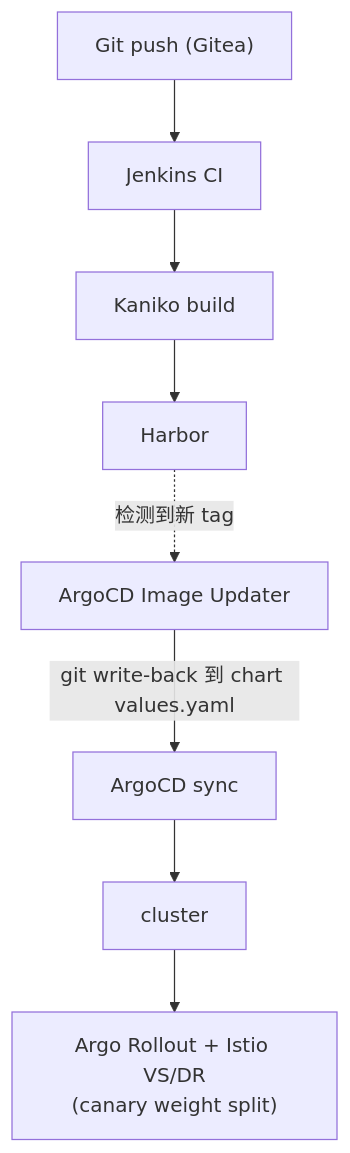
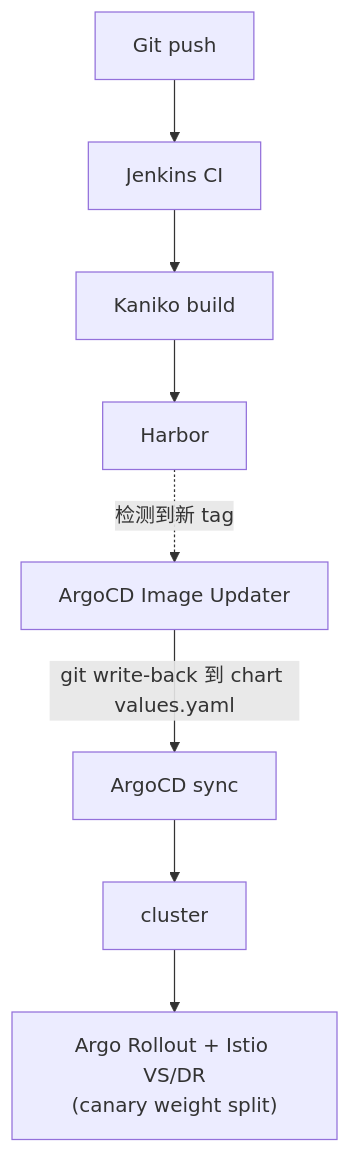
One commit to jif718/gitops-lab changed the diagram in README.md. Above: the diagram before and after it, drawn with Mermaid. The commit also changed other lines of this file, not shown here.

````diff
--- a/README.md
+++ b/README.md
@@ -27,10 +27,10 @@
 ```mermaid
 flowchart TD
-    push["Git push (Gitea)"] --> ci["Jenkins CI"]
+    push["Git push"] --> ci["Jenkins CI"]
     ci --> build["Kaniko build"]
     build --> harbor["Harbor"]
     harbor -.->|检测到新 tag| updater["ArgoCD Image Updater"]
     updater -->|git write-back 到 chart values.yaml| sync["ArgoCD sync"]
     sync --> cluster["cluster"]
     cluster --> rollout["Argo Rollout + Istio VS/DR<br/>(canary weight split)"]
 ```
````
